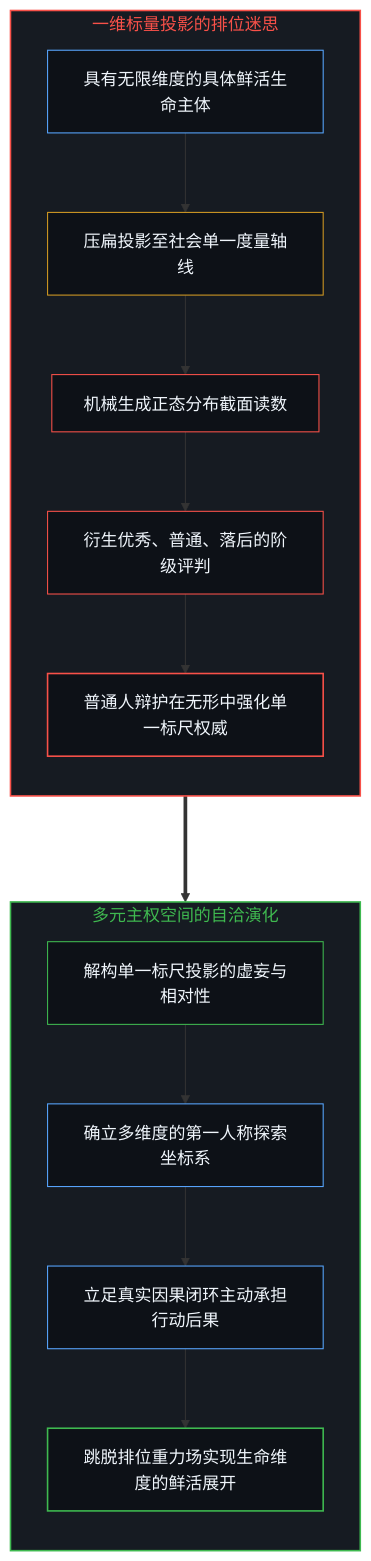
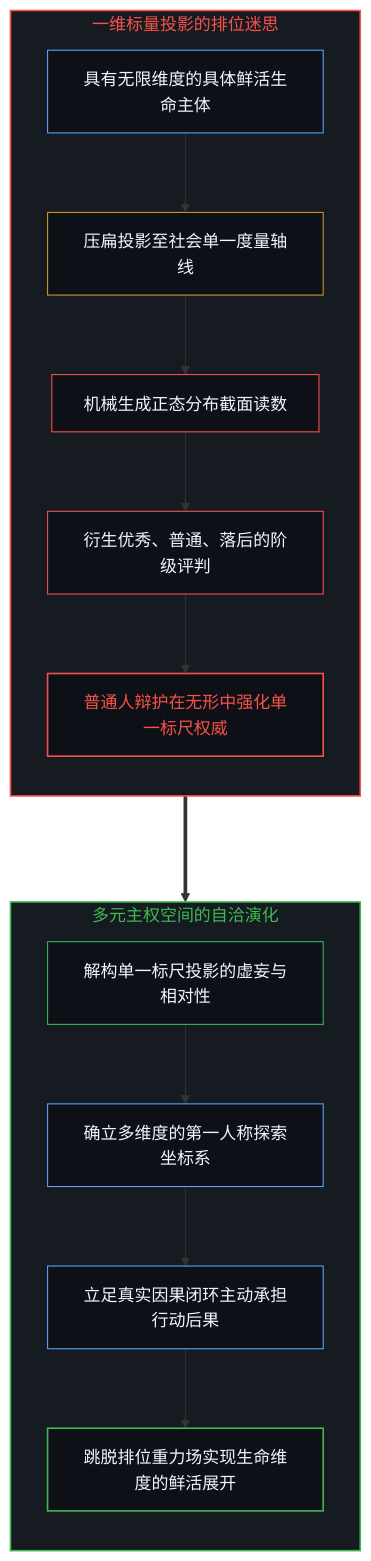
One commit to powerpig99/not-a-toe changed the ninth of 10 diagrams in content/posts/the-explanatory-trap-of-the-ordinary-perspective.md. Above: the diagram before and after it, drawn with Mermaid. The commit also changed other lines of this file and 11 other files, not shown here.

````diff
--- a/content/posts/the-explanatory-trap-of-the-ordinary-perspective.md
+++ b/content/posts/the-explanatory-trap-of-the-ordinary-perspective.md
@@ -311,31 +311,31 @@
 ```mermaid
 graph TD
     subgraph S_ScalarTrap ["一维标量投影的排位迷思"]
         direction TB
         P_HighDim["具有无限维度的具体鲜活生命主体"] --> P_Project["压扁投影至社会单一度量轴线"]
         P_Project --> P_Bell["机械生成正态分布截面读数"]
         P_Bell --> P_Rank["衍生优秀、普通、落后的阶级评判"]
         P_Rank --> P_Validate["普通人辩护在无形中强化单一标尺权威"]
     end
 
     subgraph S_MultidimSovereign ["多元主权空间的自洽演化"]
         direction TB
         S_Deconstruct["解构单一标尺投影的虚妄与相对性"] --> S_Orthogonal["确立多维度的第一人称探索坐标系"]
         S_Orthogonal --> S_Ground["立足真实因果闭环主动承担行动后果"]
         S_Ground --> S_Aliveness["跳脱排位重力场实现生命维度的鲜活展开"]
     end
 
     P_Validate ===> S_Deconstruct
 
     style S_ScalarTrap fill:#161b22,stroke:#f85149,stroke-width:1.5px,color:#f85149
     style S_MultidimSovereign fill:#161b22,stroke:#3fb950,stroke-width:1.5px,color:#3fb950
     style P_HighDim fill:#0d1117,stroke:#58a6ff,stroke-width:1px,color:#f0f6fc
     style P_Project fill:#0d1117,stroke:#d29922,stroke-width:1px,color:#f0f6fc
     style P_Bell fill:#0d1117,stroke:#f85149,stroke-width:1px,color:#f0f6fc
     style P_Rank fill:#0d1117,stroke:#f85149,stroke-width:1px,color:#f0f6fc
-    style P_Validate fill:#0d1117,stroke:#f85149,stroke-width:1.5px,color:#f0f6fc
+    style P_Validate fill:#0d1117,stroke:#f85149,stroke-width:1.5px,color:#f85149
     style S_Deconstruct fill:#0d1117,stroke:#3fb950,stroke-width:1px,color:#f0f6fc
     style S_Orthogonal fill:#0d1117,stroke:#58a6ff,stroke-width:1px,color:#f0f6fc
     style S_Ground fill:#0d1117,stroke:#58a6ff,stroke-width:1px,color:#f0f6fc
     style S_Aliveness fill:#0d1117,stroke:#3fb950,stroke-width:1.5px,color:#f0f6fc
 ```
````
